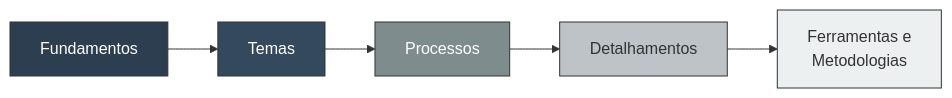
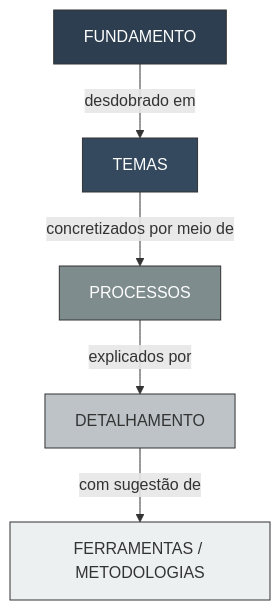
One commit to rafasfer2/MiningAnalyticsBook changed the sixth of 11 diagrams in chapters/cap2-modelos-gestao.qmd. Above: the diagram before and after it, drawn with Mermaid. The commit also changed other lines of this file and 2 other files, not shown here.

````diff
--- a/chapters/cap2-modelos-gestao.qmd
+++ b/chapters/cap2-modelos-gestao.qmd
@@ -395,15 +404,15 @@
 ```{mermaid}
 %%| label: fig-estrutura-meg
 %%| fig-cap: "Estrutura Conceitual de Desdobramento do MEG"
-graph LR
-   F[Fundamentos] --> T[Temas]
-   T --> P[Processos]
-   P --> D[Detalhamentos]
-   D --> M[Ferramentas e<br>Metodologias]
+graph TD
+   F[FUNDAMENTO] -->|desdobrado em| T[TEMAS]
+   T -->|concretizados por meio de| P[PROCESSOS]
+   P -->|explicados por| D[DETALHAMENTO]
+   D -->|com sugestão de| M[FERRAMENTAS / METODOLOGIAS]
 
    style F fill:#2c3e50,stroke:#333,color:#fff
    style T fill:#34495e,stroke:#333,color:#fff
    style P fill:#7f8c8d,stroke:#333,color:#fff
    style D fill:#bdc3c7,stroke:#333
    style M fill:#ecf0f1,stroke:#333
 ```
````
